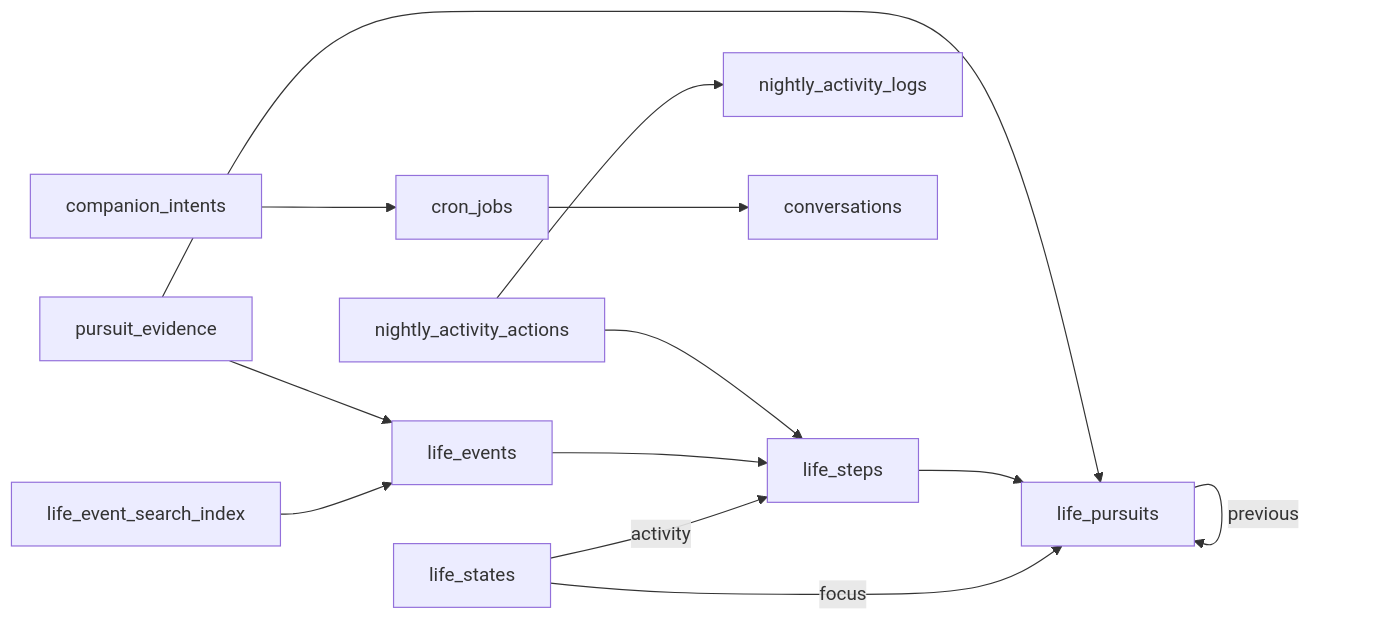
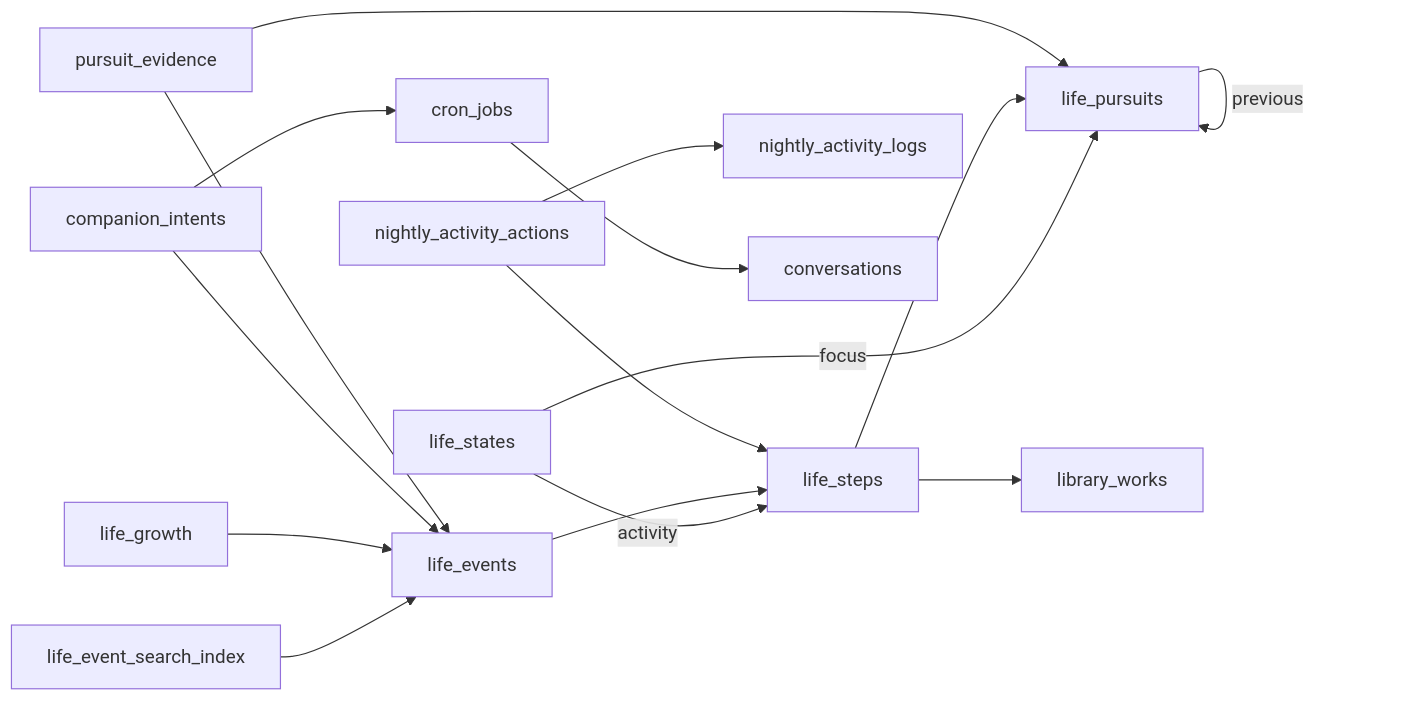
The seventh of 8 diagrams in docs/DATABASE.md (yangjinming1062/SpiritAgent), drawn with Mermaid before and after one commit. The commit also changed 98 other files, not shown here.

````diff
--- a/docs/DATABASE.md
+++ b/docs/DATABASE.md
@@ -141,15 +141,18 @@
 ```mermaid
 flowchart LR
     life_states -->|focus| life_pursuits
     life_states -->|activity| life_steps
     life_pursuits -->|previous| life_pursuits
     life_steps --> life_pursuits
     life_event_search_index --> life_events
     life_events --> life_steps
+    life_growth --> life_events
+    companion_intents --> life_events
+    life_steps --> library_works
     pursuit_evidence --> life_pursuits
     pursuit_evidence --> life_events
     nightly_activity_actions --> nightly_activity_logs
     nightly_activity_actions --> life_steps
     cron_jobs --> conversations
     companion_intents --> cron_jobs
 ```
````
